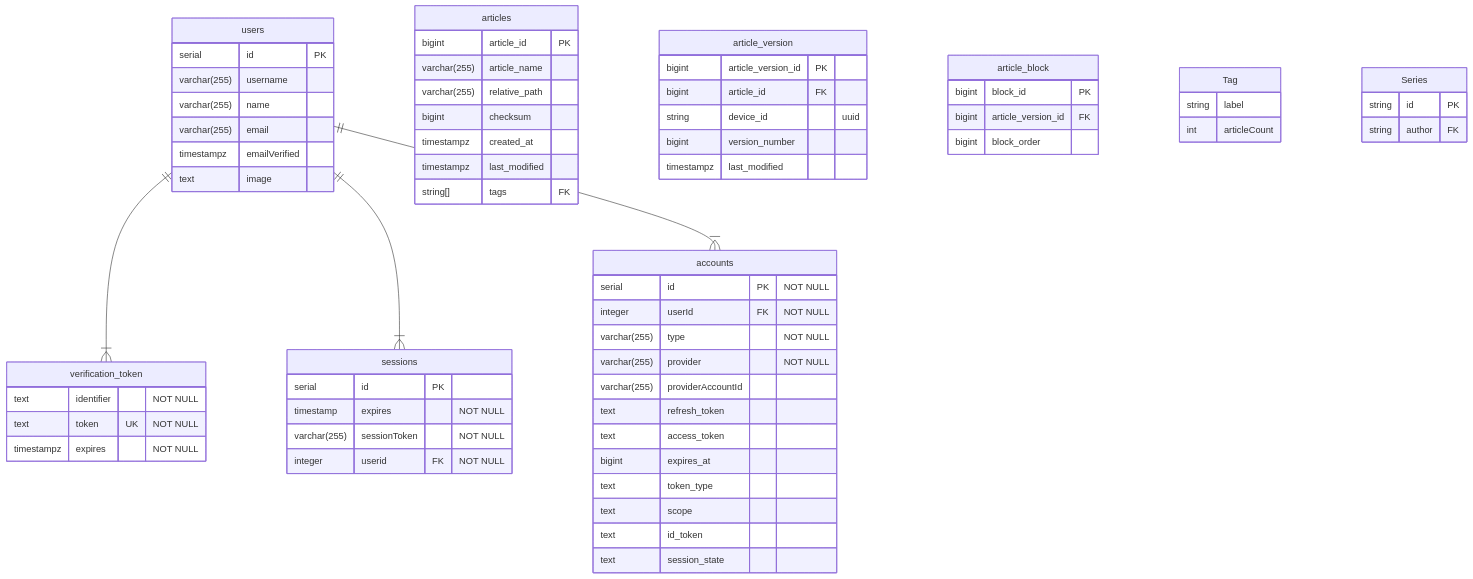
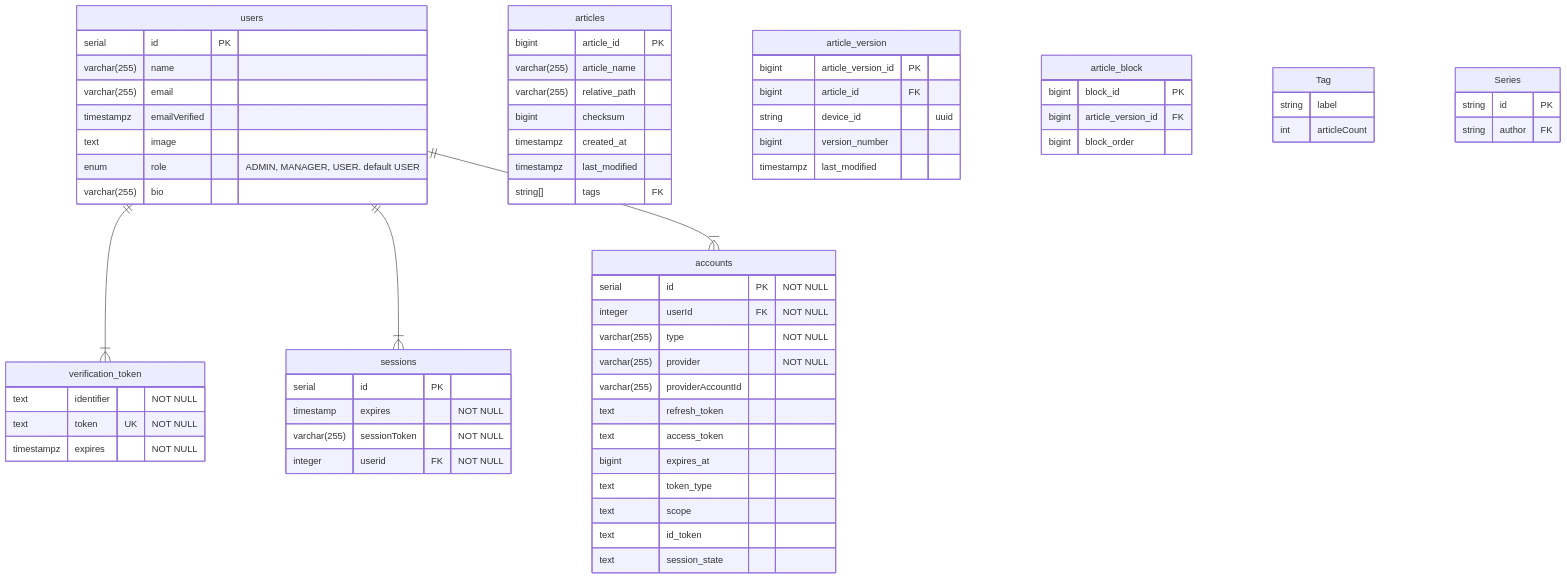
One commit to 4ry1337/my-obsidian changed the sixth of 6 diagrams in Capstone/Diagrams.md. Above: the diagram before and after it, drawn with Mermaid.

Commit message:
vault backup: 2024-01-18 09:22:05

````diff
--- a/Capstone/Diagrams.md
+++ b/Capstone/Diagrams.md
@@ -224,69 +224,74 @@
 ```mermaid
 erDiagram
 accounts {
 	serial id PK "NOT NULL"  
 	integer userId FK "NOT NULL"
 	varchar(255) type "NOT NULL"
 	varchar(255) provider "NOT NULL"
 	varchar(255) providerAccountId
 	text refresh_token
 	text access_token 
 	bigint expires_at
 	text token_type
 	text scope
 	text id_token
 	text session_state
 }
+
 users {
 	serial id PK
-	varchar(255) username
 	varchar(255) name
 	varchar(255) email
 	timestampz emailVerified
 	text image
+
+	
+
+	enum role "ADMIN, MANAGER, USER. default USER"
+	varchar(255) bio
 }
 sessions {
 	serial id PK
 	timestamp expires "NOT NULL"
 	varchar(255) sessionToken "NOT NULL"
 	integer userid FK "NOT NULL"
 }
 verification_token {
 	text identifier "NOT NULL"
 	text token UK "NOT NULL"
 	timestampz expires "NOT NULL"
 }
 users ||--|{ verification_token : ""
 users ||--|{ sessions : ""
 users ||--|{ accounts : ""
 
 articles {
 	bigint article_id PK
 	varchar(255) article_name
 	varchar(255) relative_path
 	bigint checksum
 	timestampz created_at
 	timestampz last_modified
 	string[] tags FK
 }
 article_version {
 	bigint article_version_id PK
 	bigint article_id FK
 	string device_id "uuid"
 	bigint version_number
 	timestampz last_modified
 }
 article_block {
 	bigint block_id PK
 	bigint article_version_id FK
 	bigint block_order
 }
 Tag {
 	string label
 	int articleCount
 }
 Series {
 	string id PK
 	string author FK
 }
 ```
````
